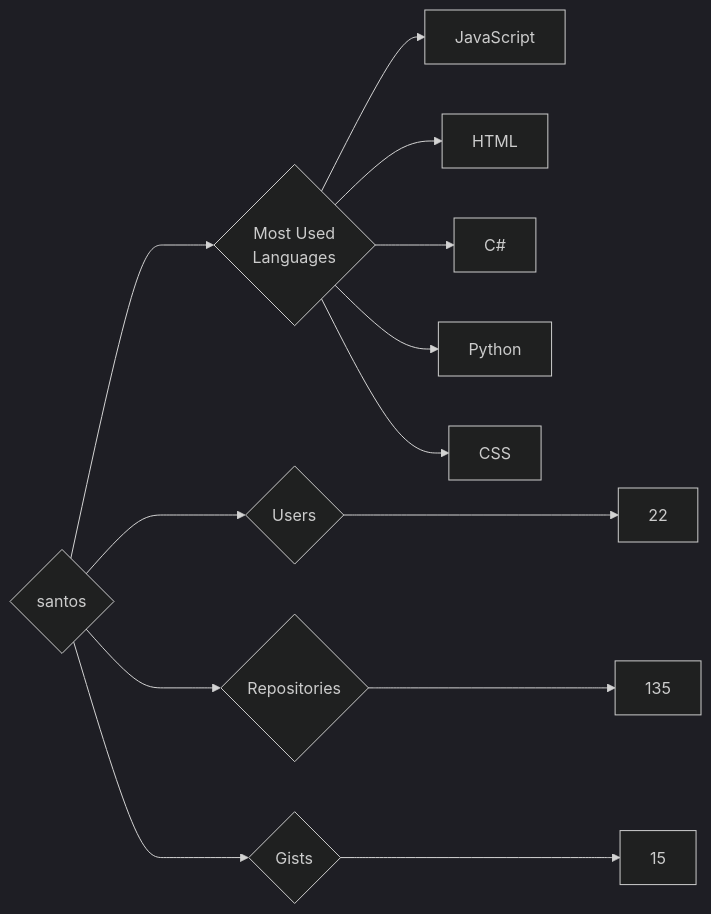
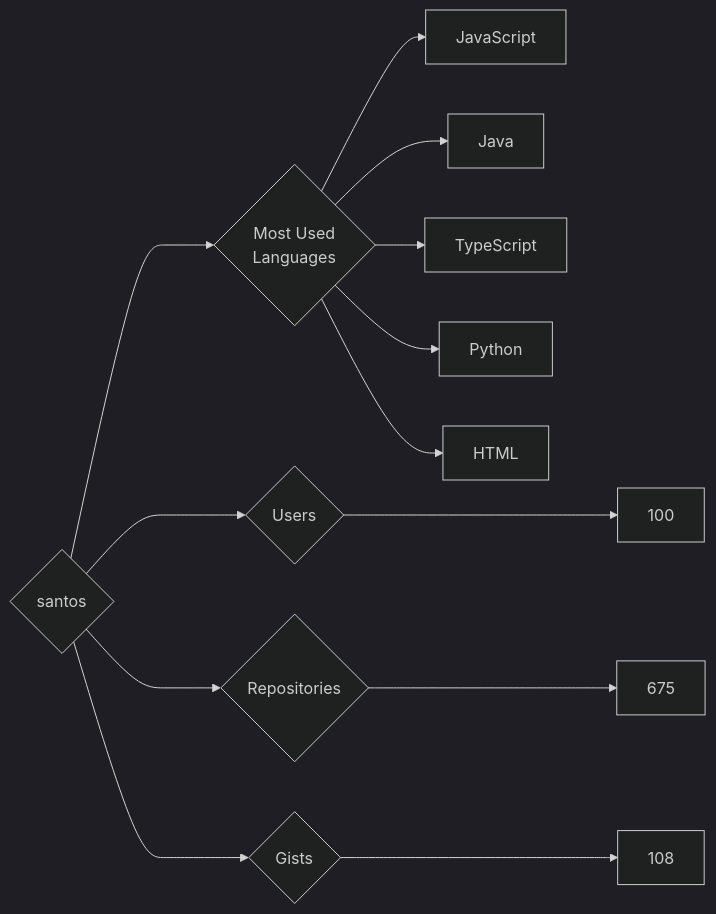
One commit to trickest/insiders changed the diagram in targets/santos/README.md. Above: the diagram before and after it, drawn with Mermaid (dark theme). The commit also changed 748 other files, not shown here.

````diff
--- a/targets/santos/README.md
+++ b/targets/santos/README.md
@@ -3,13 +3,13 @@
 ```mermaid
 graph LR
 COMPANY_NAME{santos}
-COMPANY_NAME ---> U{Users} ---> UN[22]
-COMPANY_NAME ---> R{Repositories} ---> RN[135]
-COMPANY_NAME ---> G{Gists} ---> GN[15]
+COMPANY_NAME ---> U{Users} ---> UN[100]
+COMPANY_NAME ---> R{Repositories} ---> RN[675]
+COMPANY_NAME ---> G{Gists} ---> GN[108]
 COMPANY_NAME ---> ML{Most Used<br>Languages}
 ML --> JavaScript[JavaScript]
+ML --> Java[Java]
+ML --> TypeScript[TypeScript]
+ML --> Python[Python]
 ML --> HTML[HTML]
-ML --> C#[C#]
-ML --> Python[Python]
-ML --> CSS[CSS]
 ```
````
